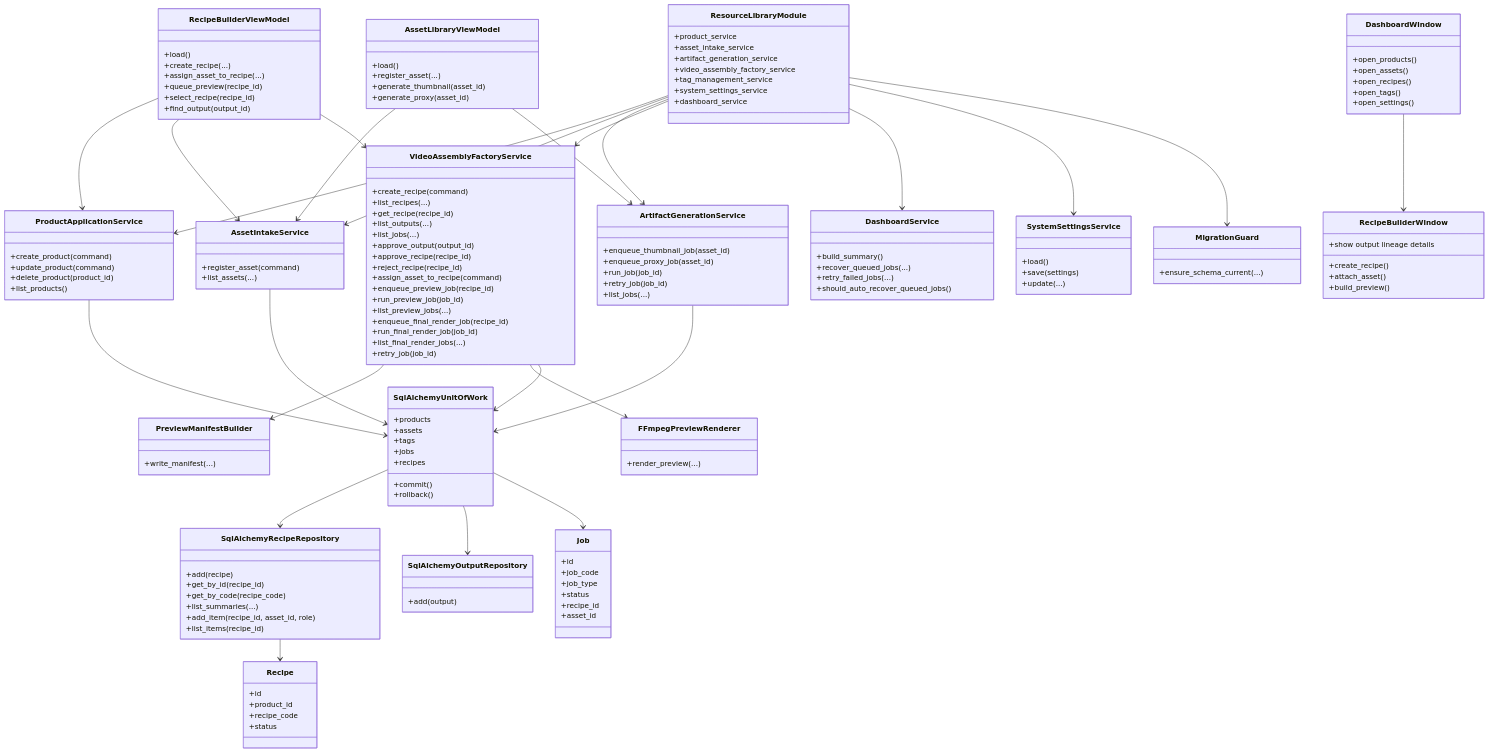
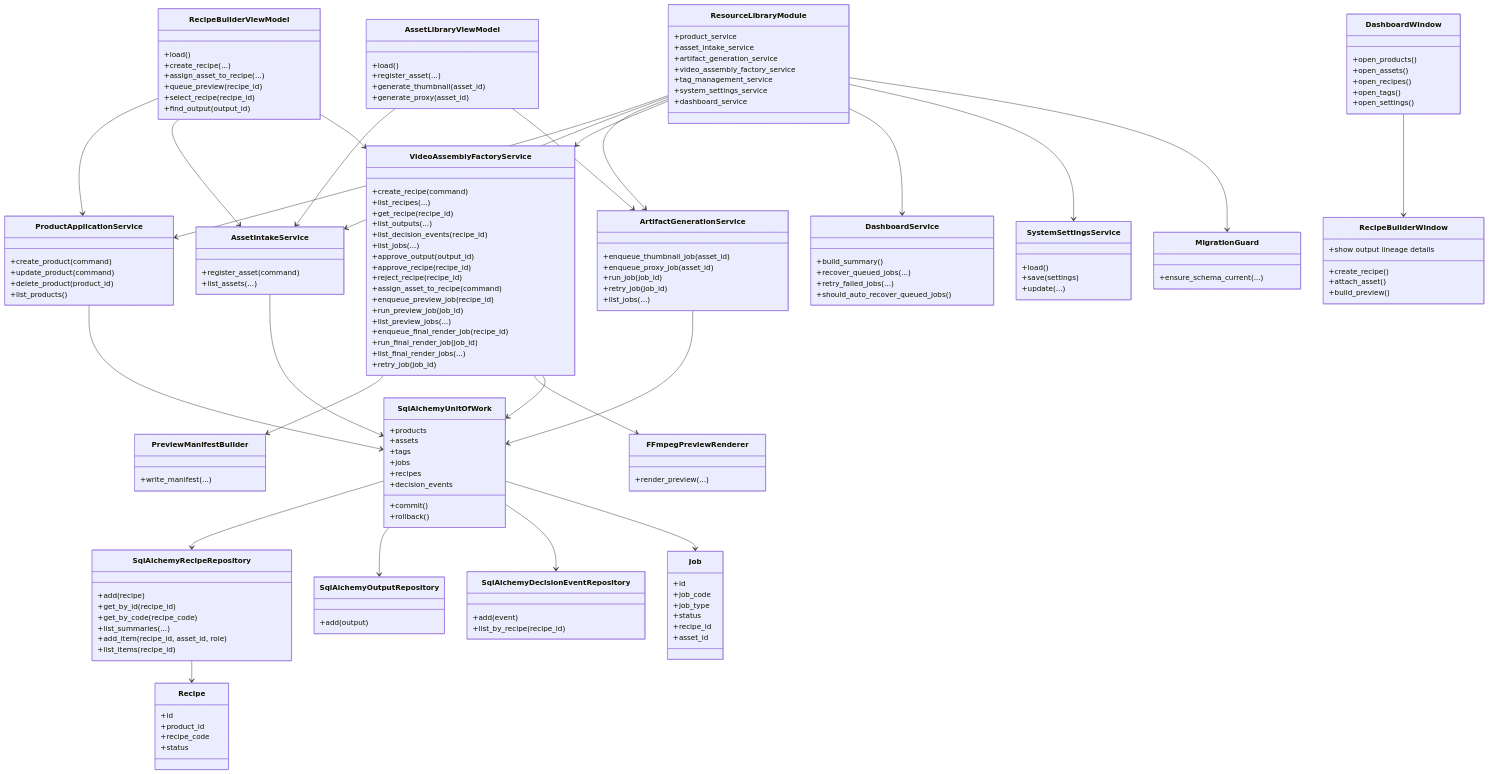
Before and after one commit to idev006/MTClipFactory: the second of 12 diagrams in doc/10_UML_System_Overview.md, drawn with Mermaid. The commit also changed other lines of this file and 28 other files, not shown here.

Commit message:
Add immutable decision event history

````diff
--- a/doc/10_UML_System_Overview.md
+++ b/doc/10_UML_System_Overview.md
@@ -57,6 +57,7 @@
         +list_recipes(...)
         +get_recipe(recipe_id)
         +list_outputs(...)
+        +list_decision_events(recipe_id)
         +list_jobs(...)
         +approve_output(output_id)
         +approve_recipe(recipe_id)
@@ -129,6 +130,7 @@
         +tags
         +jobs
         +recipes
+        +decision_events
         +commit()
         +rollback()
     }
@@ -144,6 +146,11 @@
 
     class SqlAlchemyOutputRepository {
         +add(output)
+    }
+
+    class SqlAlchemyDecisionEventRepository {
+        +add(event)
+        +list_by_recipe(recipe_id)
     }
 
     class PreviewManifestBuilder {
@@ -187,6 +194,7 @@
     VideoAssemblyFactoryService --> SqlAlchemyUnitOfWork
     SqlAlchemyUnitOfWork --> SqlAlchemyRecipeRepository
     SqlAlchemyUnitOfWork --> SqlAlchemyOutputRepository
+    SqlAlchemyUnitOfWork --> SqlAlchemyDecisionEventRepository
     SqlAlchemyRecipeRepository --> Recipe
     SqlAlchemyUnitOfWork --> Job
 ```
````
